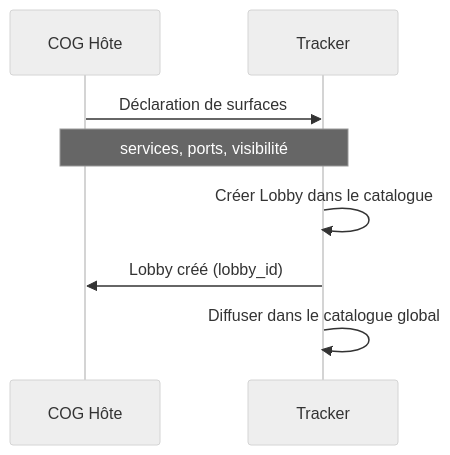
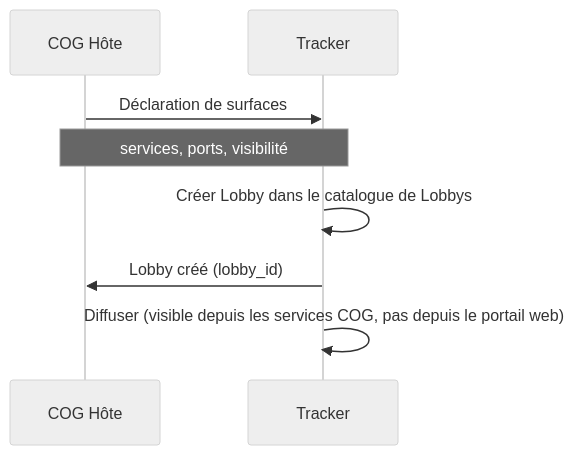
One commit to StudioMiyukini/miyukini_cog changed the first of 5 diagrams in docs/miyukini-webway-system/lobbys/MWS - Lobbys Favoris et Amis.md. Above: the diagram before and after it, drawn with Mermaid (neutral theme). The commit also changed other lines of this file and 17 other files, not shown here.

````diff
--- a/docs/miyukini-webway-system/lobbys/MWS - Lobbys Favoris et Amis.md
+++ b/docs/miyukini-webway-system/lobbys/MWS - Lobbys Favoris et Amis.md
@@ -30,11 +30,11 @@
 ```mermaid
 sequenceDiagram
     participant COG as COG Hôte
     participant T as Tracker
 
     COG->>T: Déclaration de surfaces
     Note over COG,T: services, ports, visibilité
-    T->>T: Créer Lobby dans le catalogue
+    T->>T: Créer Lobby dans le catalogue de Lobbys
     T->>COG: Lobby créé (lobby_id)
-    T->>T: Diffuser dans le catalogue global
+    T->>T: Diffuser (visible depuis les services COG, pas depuis le portail web)
 ```
````
